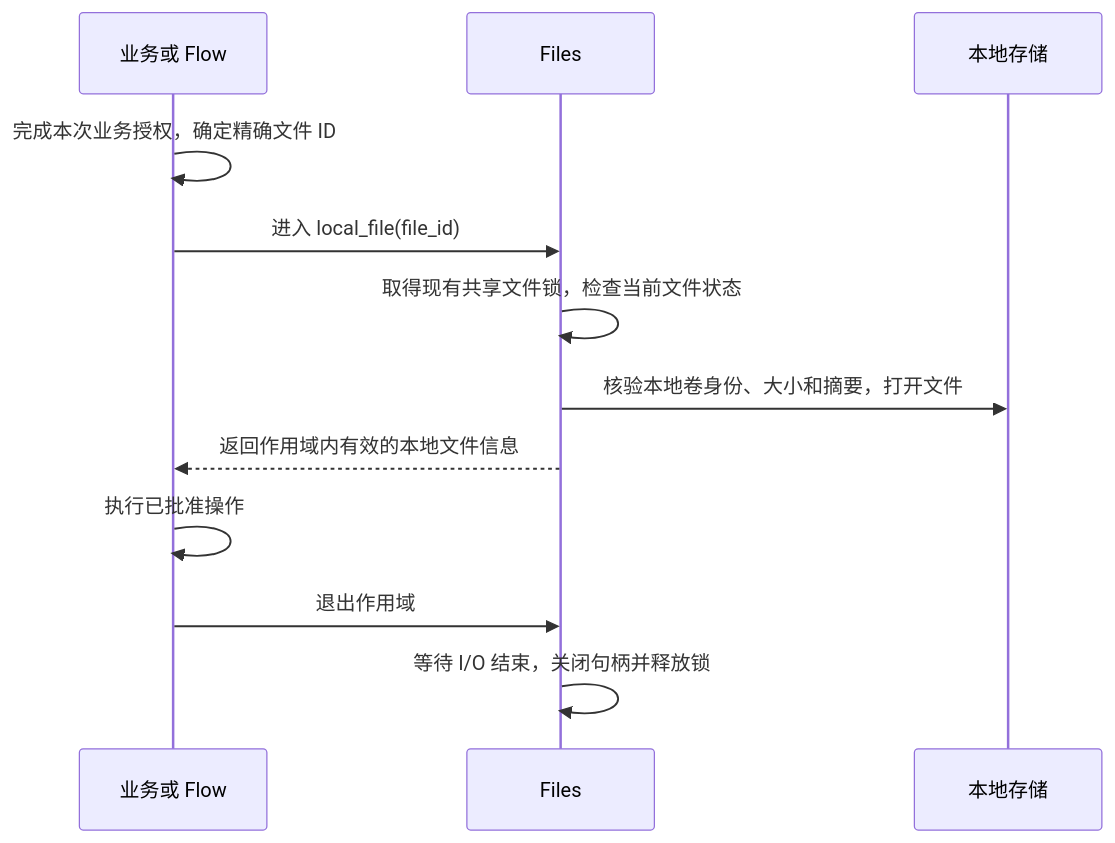
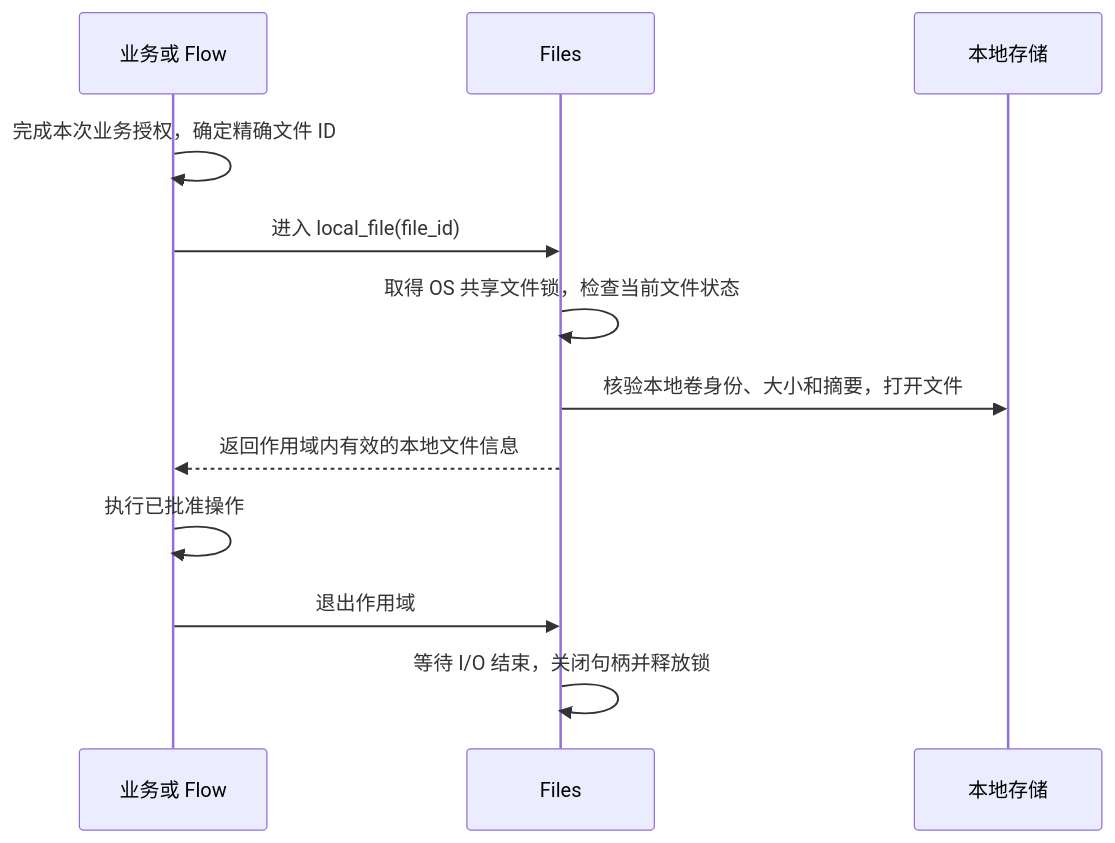
Before and after one commit to pfjhyyj/keystone: diagram 11 of 11 in docs/domains/files.md, drawn with Mermaid. The commit also changed other lines of this file and 61 other files, not shown here.

````diff
--- a/docs/domains/files.md
+++ b/docs/domains/files.md
@@ -309,14 +309,14 @@
 ```mermaid
 sequenceDiagram
     participant B as 业务或 Flow
     participant F as Files
     participant S as 本地存储
     B->>B: 完成本次业务授权，确定精确文件 ID
     B->>F: 进入 local_file(file_id)
-    F->>F: 取得现有共享文件锁，检查当前文件状态
+    F->>F: 取得 OS 共享文件锁，检查当前文件状态
     F->>S: 核验本地卷身份、大小和摘要，打开文件
     F-->>B: 返回作用域内有效的本地文件信息
     B->>B: 执行已批准操作
     B->>F: 退出作用域
     F->>F: 等待 I/O 结束，关闭句柄并释放锁
 ```
````
